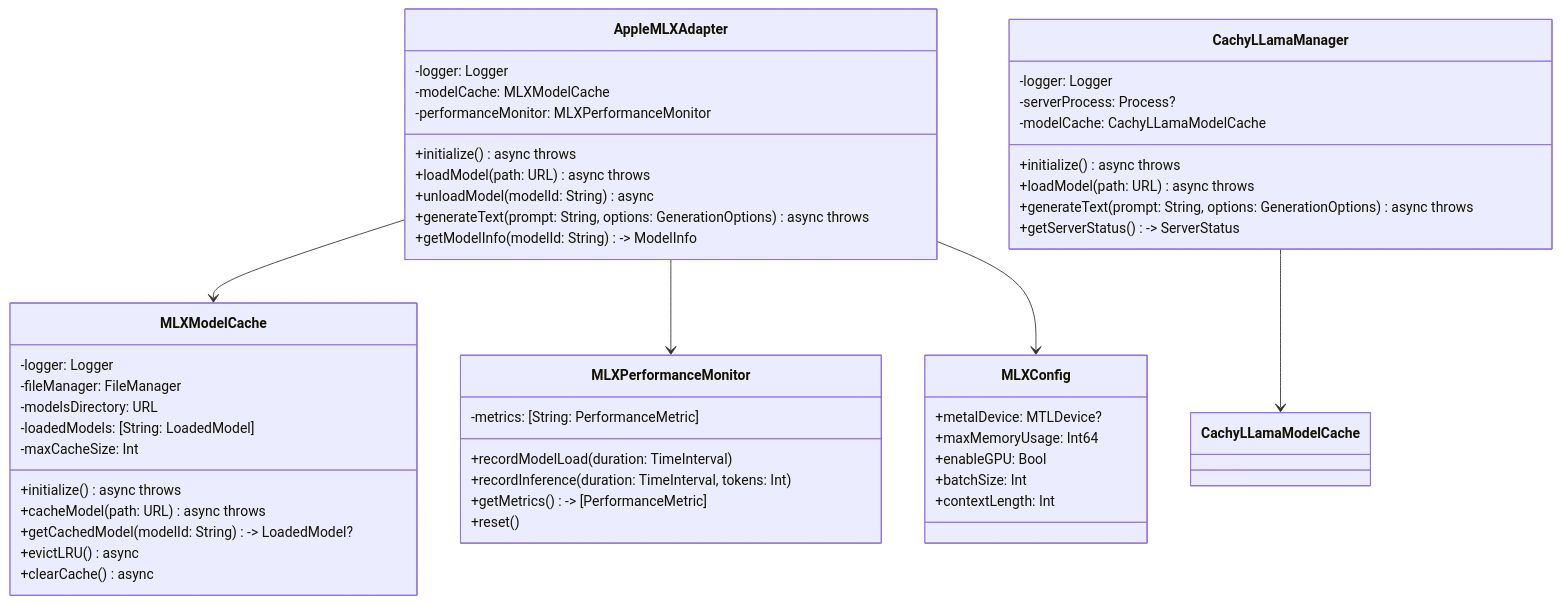
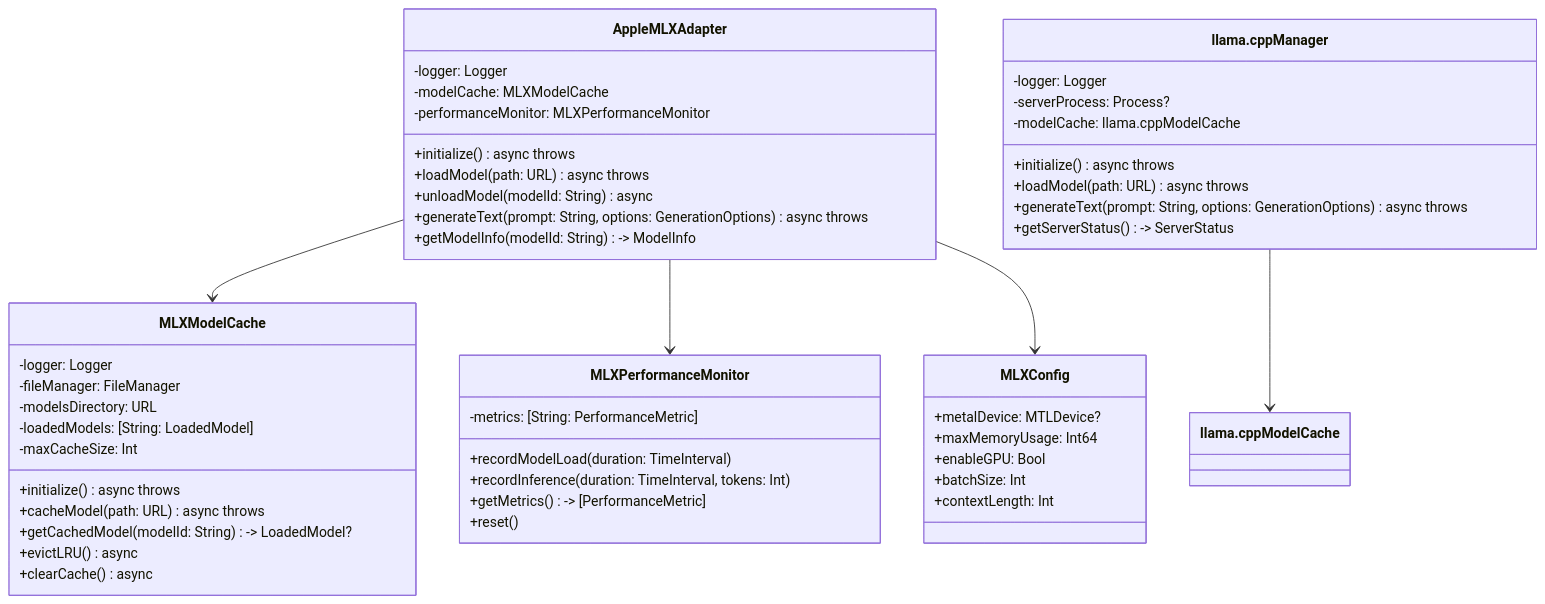
The first of 4 diagrams in project-docs/MLX_INTEGRATION.md (SyntheticAutonomicMind/SAM), drawn with Mermaid before and after one commit. The commit also changed other lines of this file and 14 other files, not shown here.

Commit message:
chore(docs): Drop references to CachyLLama as we've migrated back to llama.cpp.

````diff
--- a/project-docs/MLX_INTEGRATION.md
+++ b/project-docs/MLX_INTEGRATION.md
@@ -38,57 +38,57 @@
 ```mermaid
 classDiagram
     class AppleMLXAdapter {
         -logger: Logger
         -modelCache: MLXModelCache
         -performanceMonitor: MLXPerformanceMonitor
         +initialize() async throws
         +loadModel(path: URL) async throws
         +unloadModel(modelId: String) async
         +generateText(prompt: String, options: GenerationOptions) async throws
         +getModelInfo(modelId: String) -> ModelInfo
     }
     
     class MLXModelCache {
         -logger: Logger
         -fileManager: FileManager
         -modelsDirectory: URL
         -loadedModels: [String: LoadedModel]
         -maxCacheSize: Int
         +initialize() async throws
         +cacheModel(path: URL) async throws
         +getCachedModel(modelId: String) -> LoadedModel?
         +evictLRU() async
         +clearCache() async
     }
     
     class MLXPerformanceMonitor {
         -metrics: [String: PerformanceMetric]
         +recordModelLoad(duration: TimeInterval)
         +recordInference(duration: TimeInterval, tokens: Int)
         +getMetrics() -> [PerformanceMetric]
         +reset()
     }
     
     class MLXConfig {
         +metalDevice: MTLDevice?
         +maxMemoryUsage: Int64
         +enableGPU: Bool
         +batchSize: Int
         +contextLength: Int
     }
     
-    class CachyLLamaManager {
+    class llama.cppManager {
         -logger: Logger
         -serverProcess: Process?
-        -modelCache: CachyLLamaModelCache
+        -modelCache: llama.cppModelCache
         +initialize() async throws
         +loadModel(path: URL) async throws
         +generateText(prompt: String, options: GenerationOptions) async throws
         +getServerStatus() -> ServerStatus
     }
     
     AppleMLXAdapter --> MLXModelCache
     AppleMLXAdapter --> MLXPerformanceMonitor
     AppleMLXAdapter --> MLXConfig
-    CachyLLamaManager --> CachyLLamaModelCache
+    llama.cppManager --> llama.cppModelCache
 ```
````
